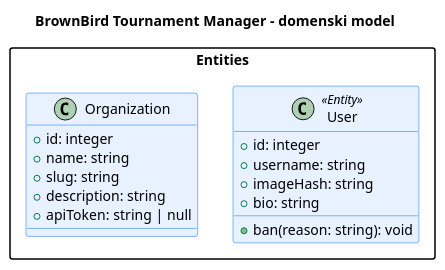
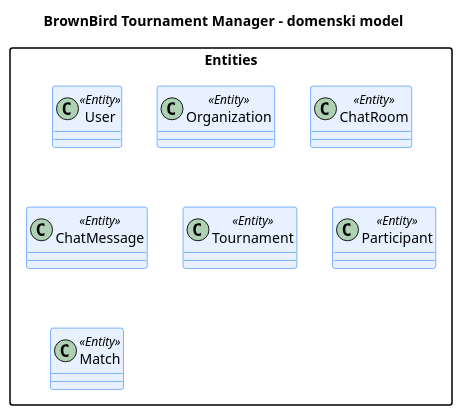
Before and after one commit to brownbird-team/tournament-manager: the diagram in docs/puml/cd.puml, drawn with PlantUML.

Commit message:
Add some entities

```diff
--- a/docs/puml/cd.puml
+++ b/docs/puml/cd.puml
@@ -9,38 +9,31 @@
 @startuml
 title BrownBird Tournament Manager - domenski model
 
 skinparam shadowing false
 skinparam defaultFontName Arial
 skinparam packageStyle rectangle
 skinparam ArrowColor #212529
 
 skinparam class {
     BackgroundColor #E7F1FF
     BorderColor #0D6EFD
 }
 
 skinparam note {
     BackgroundColor #F8F9FA
     BorderColor #212529
     FontColor #212529
 }
 
 package "Entities" {
-    class User <<Entity>> {
-        +id: integer
-        +username: string
-        +imageHash: string
-        +bio: string
-        +ban(reason: string): void
-    }
-
-    class Organization {
-        +id: integer
-        +name: string
-        +slug: string
-        +description: string
-        +apiToken: string | null
-    }
+    class User <<Entity>> {}
+    class Organization <<Entity>> {}
+    class ChatRoom <<Entity>> {}
+    class ChatMessage <<Entity>> {}
+    class Tournament <<Entity>> {}
+    class Participant <<Entity>> {}
+    class Match <<Entity>> {}
+    
 }
 
 @enduml
```
